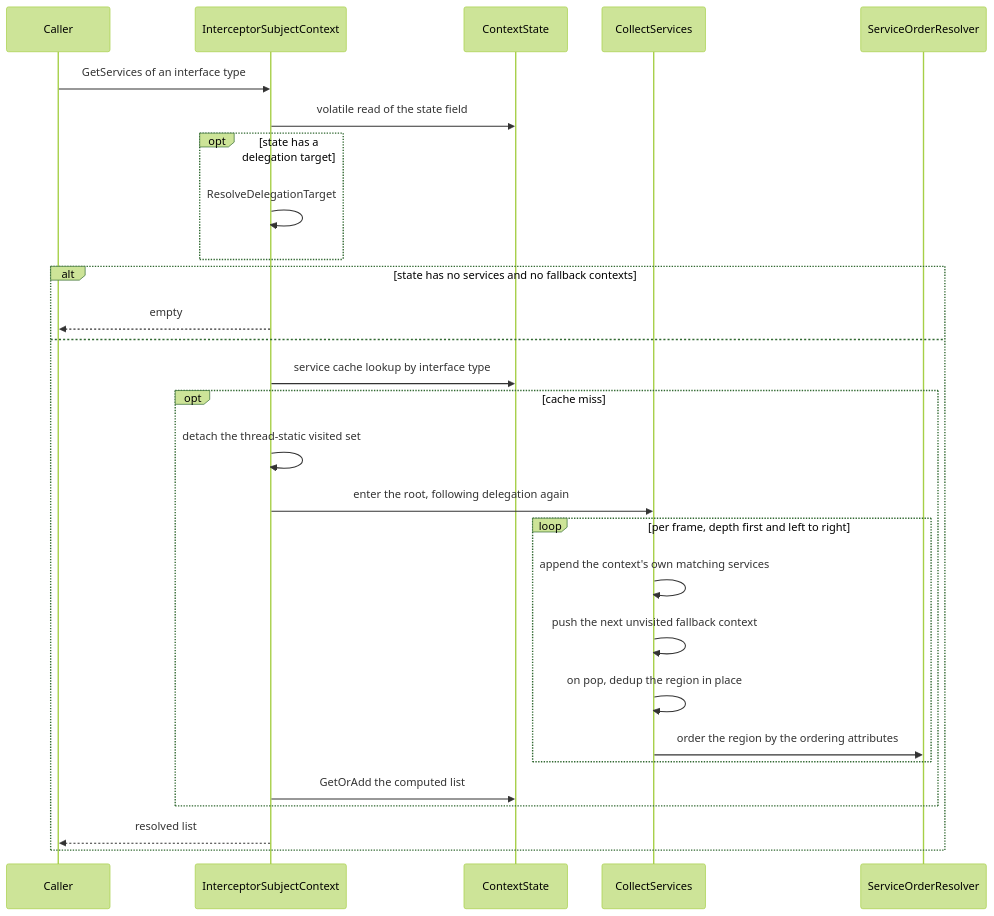
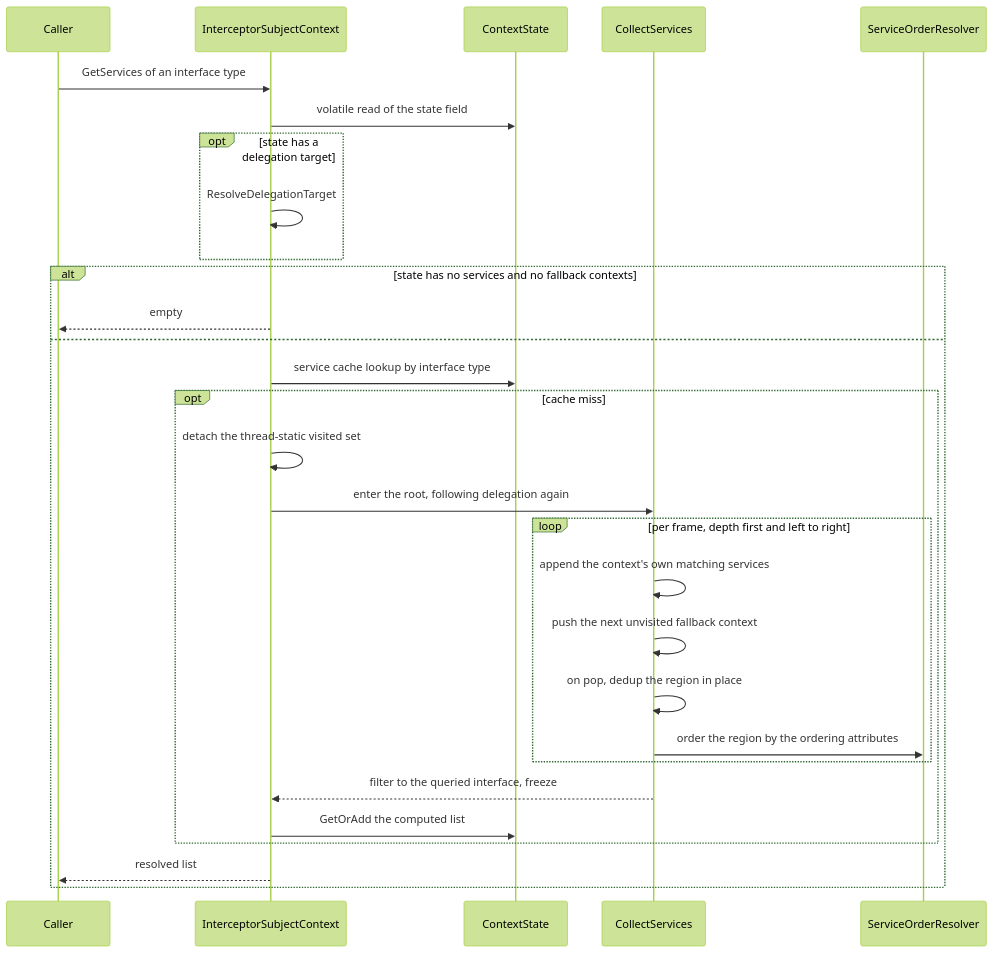
Before and after one commit to RicoSuter/Namotion.Interceptor: the fourth of 4 diagrams in docs/design/core-context.md, drawn with Mermaid (forest theme). The commit also changed other lines of this file, not shown here.

````diff
--- a/docs/design/core-context.md
+++ b/docs/design/core-context.md
@@ -498,30 +509,31 @@
 ```mermaid
 sequenceDiagram
     participant Caller
     participant Context as InterceptorSubjectContext
     participant State as ContextState
     participant Walk as CollectServices
     participant Order as ServiceOrderResolver
     Caller->>Context: GetServices of an interface type
     Context->>State: volatile read of the state field
     opt state has a delegation target
         Context->>Context: ResolveDelegationTarget
     end
     alt state has no services and no fallback contexts
         Context-->>Caller: empty
     else
         Context->>State: service cache lookup by interface type
         opt cache miss
             Context->>Context: detach the thread-static visited set
             Context->>Walk: enter the root, following delegation again
             loop per frame, depth first and left to right
                 Walk->>Walk: append the context's own matching services
                 Walk->>Walk: push the next unvisited fallback context
                 Walk->>Walk: on pop, dedup the region in place
                 Walk->>Order: order the region by the ordering attributes
             end
+            Walk-->>Context: filter to the queried interface, freeze
             Context->>State: GetOrAdd the computed list
         end
         Context-->>Caller: resolved list
     end
 ```
````
